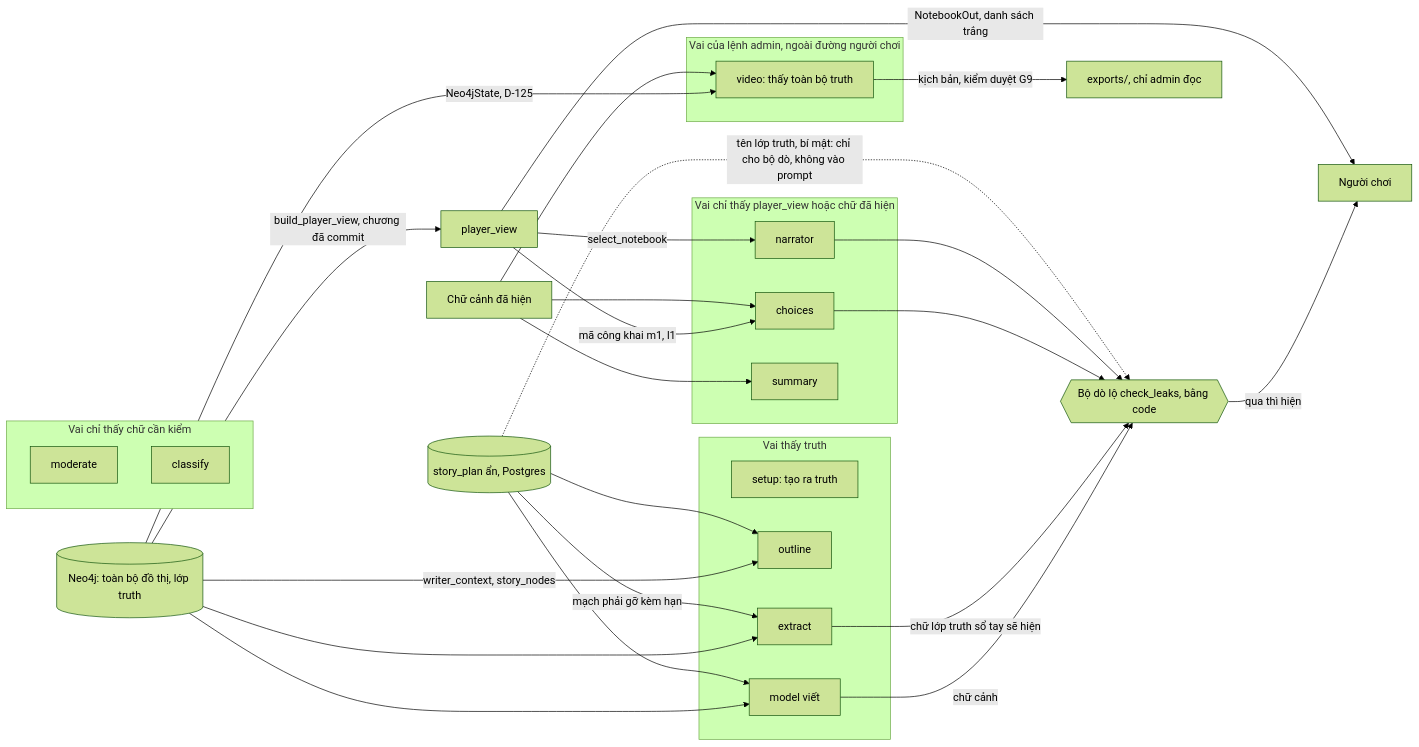
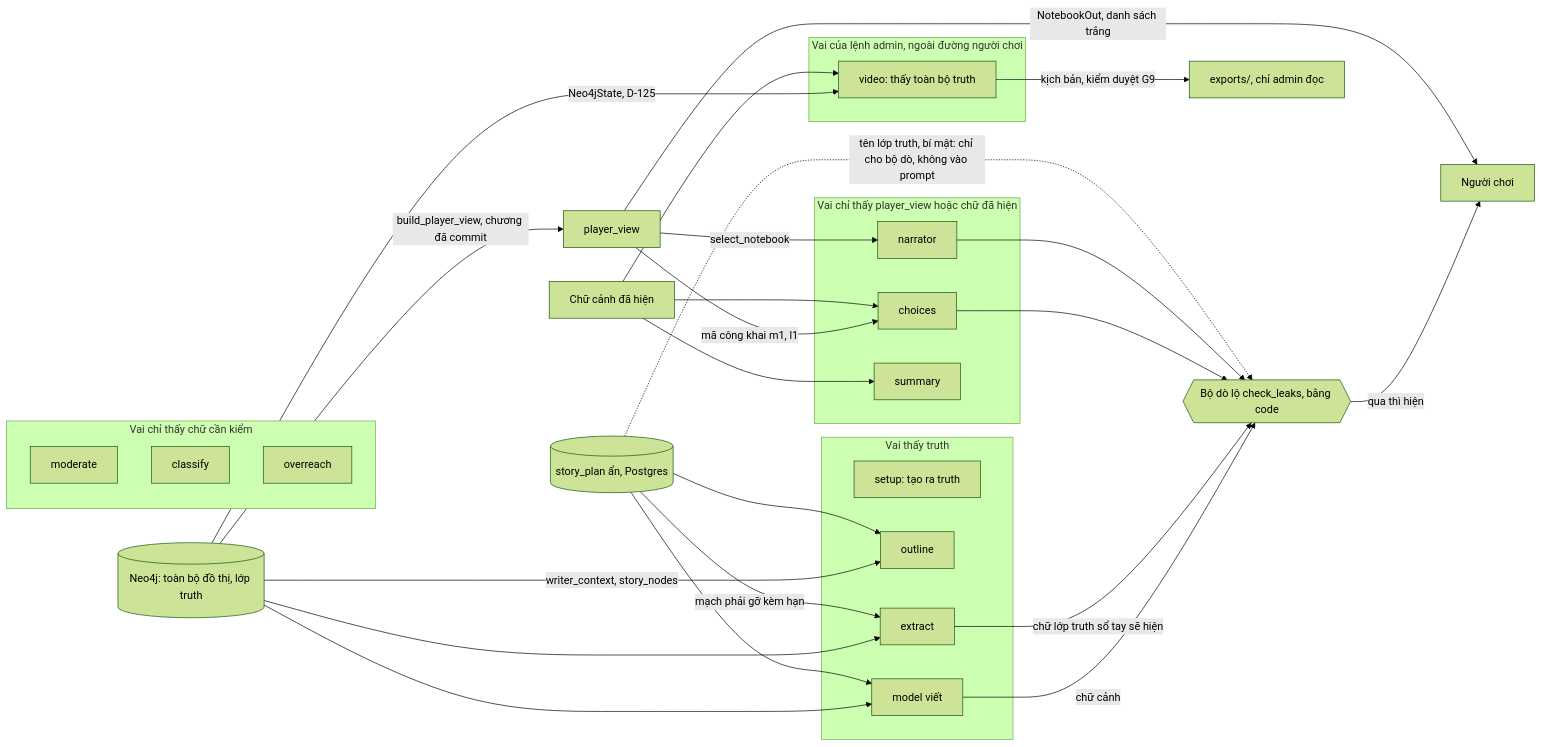
The eighth of 12 diagrams in docs/architecture.md (orms147/writory), drawn with Mermaid (forest theme) before and after one commit. The commit also changed other lines of this file and 42 other files, not shown here.

````diff
--- a/docs/architecture.md
+++ b/docs/architecture.md
@@ -270,45 +271,46 @@
 ```mermaid
 flowchart LR
   neo[("Neo4j: toàn bộ đồ thị, lớp truth")]
   plan[("story_plan ẩn, Postgres")]
   subgraph sees_truth["Vai thấy truth"]
     v_setup["setup: tạo ra truth"]
     v_outline["outline"]
     v_writer["model viết"]
     v_extract["extract"]
   end
   subgraph sees_view["Vai chỉ thấy player_view hoặc chữ đã hiện"]
     v_choices["choices"]
     v_narrator["narrator"]
     v_summary["summary"]
   end
   subgraph sees_text["Vai chỉ thấy chữ cần kiểm"]
     v_moderate["moderate"]
     v_classify["classify"]
+    v_overreach["overreach"]
   end
   subgraph admin_only["Vai của lệnh admin, ngoài đường người chơi"]
     v_video["video: thấy toàn bộ truth"]
   end
   neo -->|writer_context, story_nodes| v_outline
   neo --> v_writer
   neo --> v_extract
   plan --> v_outline
   plan --> v_writer
   plan -->|mạch phải gỡ kèm hạn| v_extract
   neo -->|build_player_view, chương đã commit| pv["player_view"]
   pv -->|mã công khai m1, l1| v_choices
   pv -->|select_notebook| v_narrator
   page["Chữ cảnh đã hiện"] --> v_summary
   page --> v_choices
   leak{{"Bộ dò lộ check_leaks, bằng code"}}
   v_writer -->|chữ cảnh| leak
   v_extract -->|chữ lớp truth sổ tay sẽ hiện| leak
   v_choices --> leak
   v_narrator --> leak
   plan -.->|tên lớp truth, bí mật: chỉ cho bộ dò, không vào prompt| leak
   leak -->|qua thì hiện| player["Người chơi"]
   pv -->|NotebookOut, danh sách trắng| player
   neo -->|Neo4jState, D-125| v_video
   page --> v_video
   v_video -->|kịch bản, kiểm duyệt G9| exports["exports/, chỉ admin đọc"]
 ```
````
